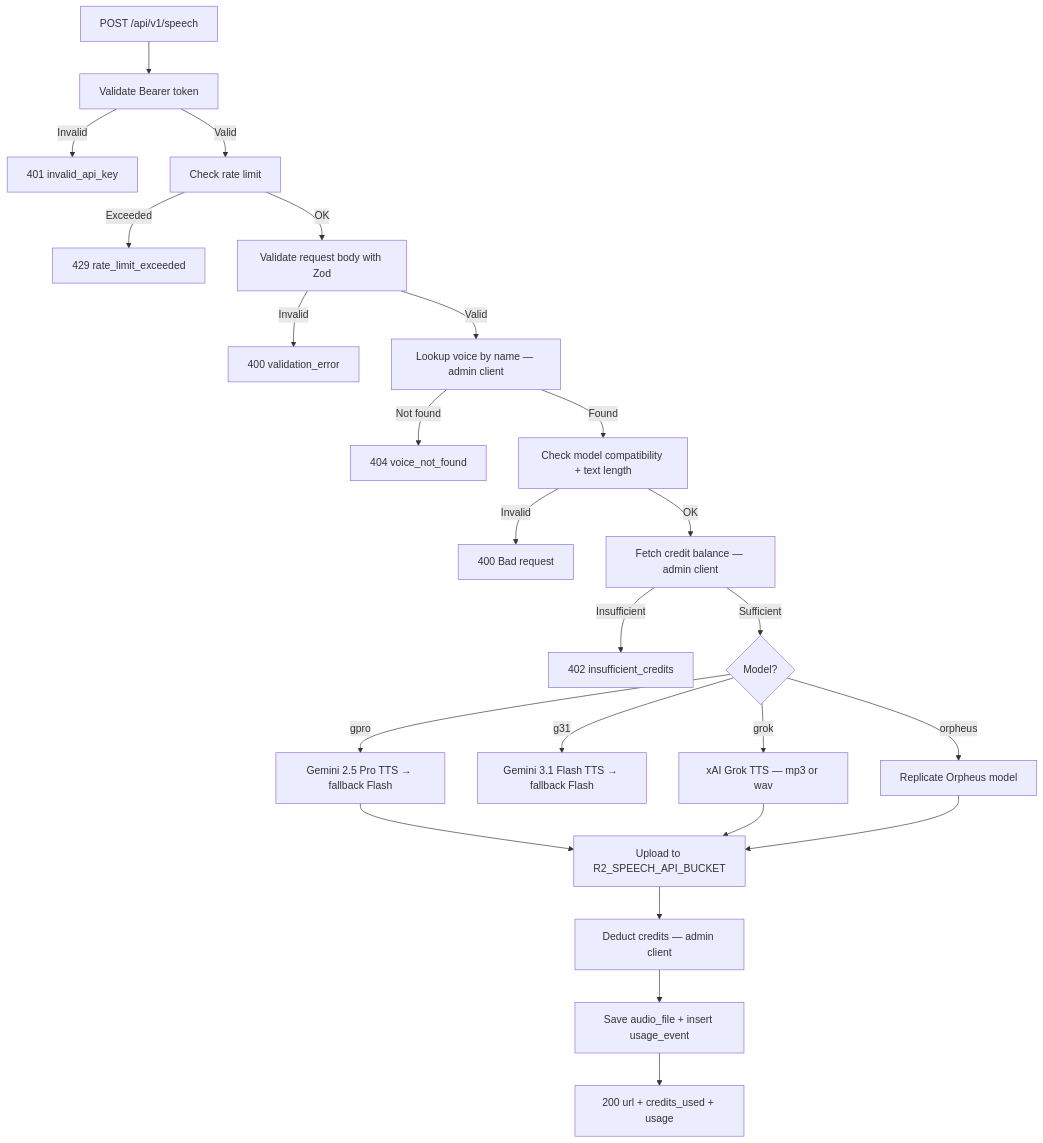
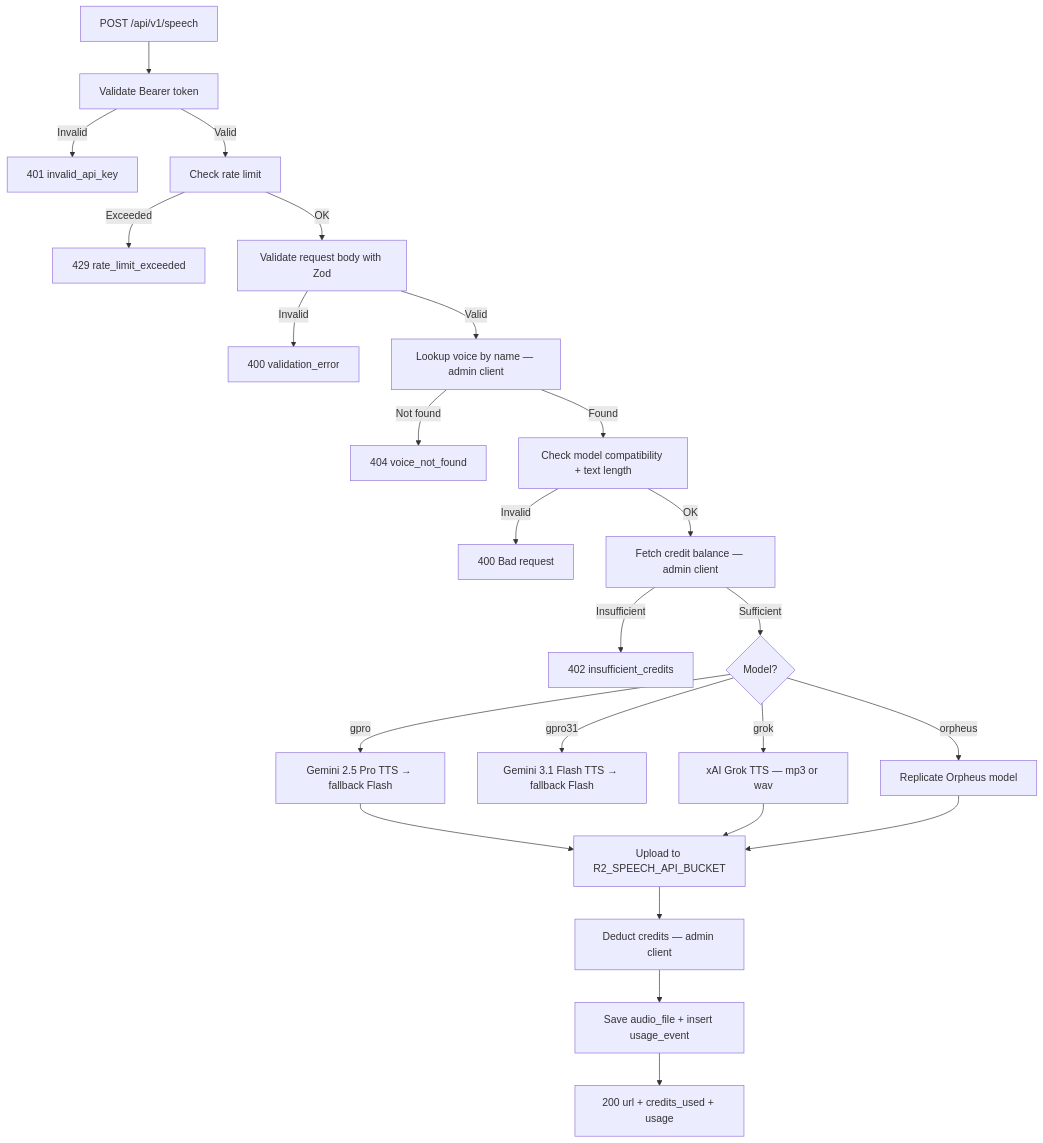
The first of 4 diagrams in ARCHITECTURE.md (gianpaj/sexyvoice), drawn with Mermaid before and after one commit. The commit also changed other lines of this file and 14 other files, not shown here.

````diff
--- a/ARCHITECTURE.md
+++ b/ARCHITECTURE.md
@@ -76,26 +77,26 @@
 ```mermaid
 flowchart TD
     A[POST /api/v1/speech] --> B[Validate Bearer token]
     B -->|Invalid| Z1[401 invalid_api_key]
     B -->|Valid| C[Check rate limit]
     C -->|Exceeded| Z2[429 rate_limit_exceeded]
     C -->|OK| D[Validate request body with Zod]
     D -->|Invalid| Z3[400 validation_error]
     D -->|Valid| E[Lookup voice by name — admin client]
     E -->|Not found| Z4[404 voice_not_found]
     E -->|Found| F[Check model compatibility + text length]
     F -->|Invalid| Z5[400 Bad request]
     F -->|OK| G[Fetch credit balance — admin client]
     G -->|Insufficient| Z6[402 insufficient_credits]
     G -->|Sufficient| H{Model?}
     H -->|gpro| I[Gemini 2.5 Pro TTS → fallback Flash]
-    H -->|g31| I2[Gemini 3.1 Flash TTS → fallback Flash]
+    H -->|gpro31| I2[Gemini 3.1 Flash TTS → fallback Flash]
     H -->|grok| J2[xAI Grok TTS — mp3 or wav]
     H -->|orpheus| J[Replicate Orpheus model]
     I --> K[Upload to R2_SPEECH_API_BUCKET]
     J2 --> K
     J --> K
     K --> L[Deduct credits — admin client]
     L --> M[Save audio_file + insert usage_event]
     M --> N[200 url + credits_used + usage]
 ```
````
